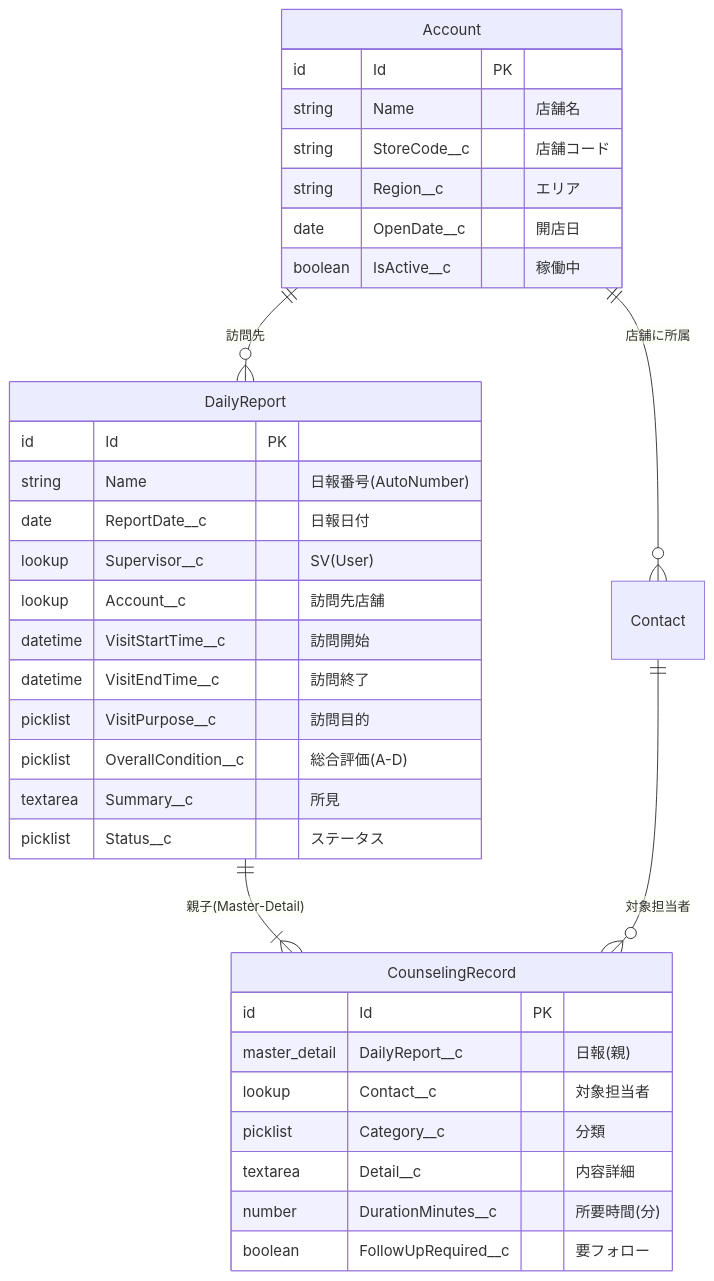
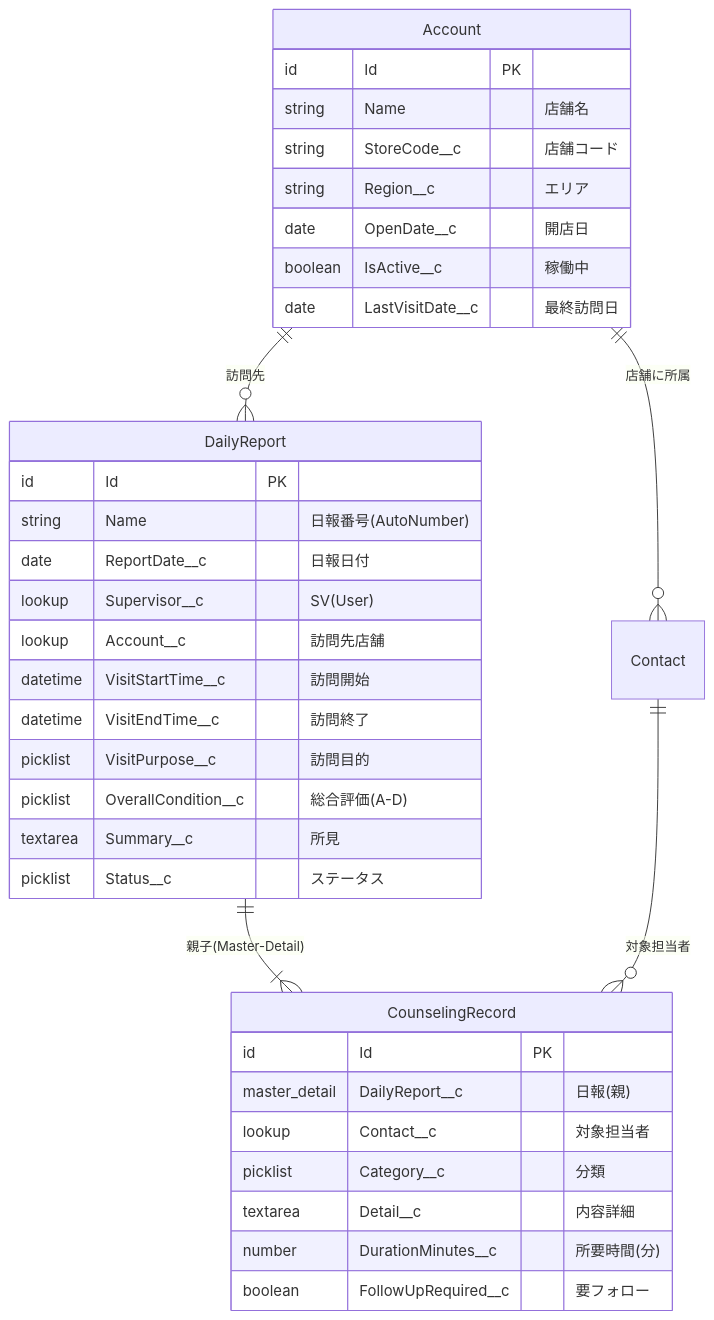
Before and after one commit to tyorikan/migration-with-ai: the first of 3 diagrams in hands-on/HANDSON.md, drawn with Mermaid. The commit also changed other lines of this file and 26 other files, not shown here.

````diff
--- a/hands-on/HANDSON.md
+++ b/hands-on/HANDSON.md
@@ -88,38 +88,39 @@
 ```mermaid
 erDiagram
     Account ||--o{ Contact : "店舗に所属"
     Account ||--o{ DailyReport : "訪問先"
     DailyReport ||--|{ CounselingRecord : "親子(Master-Detail)"
     Contact ||--o{ CounselingRecord : "対象担当者"
 
     Account {
         id Id PK
         string Name "店舗名"
         string StoreCode__c "店舗コード"
         string Region__c "エリア"
         date OpenDate__c "開店日"
         boolean IsActive__c "稼働中"
+        date LastVisitDate__c "最終訪問日"
     }
     DailyReport {
         id Id PK
         string Name "日報番号(AutoNumber)"
         date ReportDate__c "日報日付"
         lookup Supervisor__c "SV(User)"
         lookup Account__c "訪問先店舗"
         datetime VisitStartTime__c "訪問開始"
         datetime VisitEndTime__c "訪問終了"
         picklist VisitPurpose__c "訪問目的"
         picklist OverallCondition__c "総合評価(A-D)"
         textarea Summary__c "所見"
         picklist Status__c "ステータス"
     }
     CounselingRecord {
         id Id PK
         master_detail DailyReport__c "日報(親)"
         lookup Contact__c "対象担当者"
         picklist Category__c "分類"
         textarea Detail__c "内容詳細"
         number DurationMinutes__c "所要時間(分)"
         boolean FollowUpRequired__c "要フォロー"
     }
 ```
````
